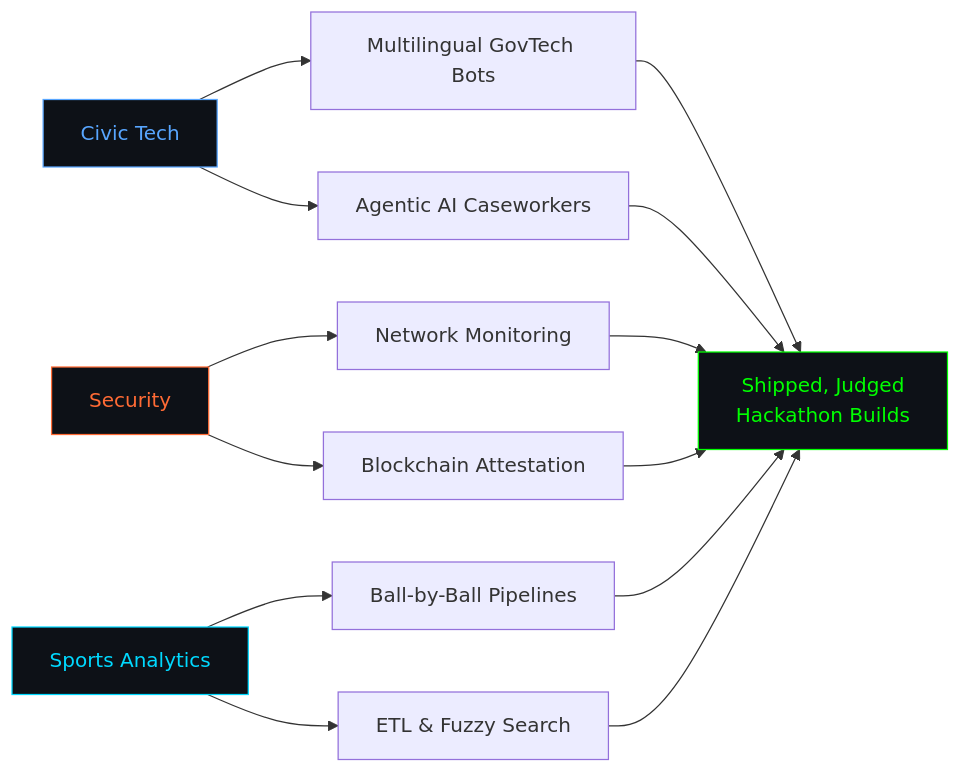
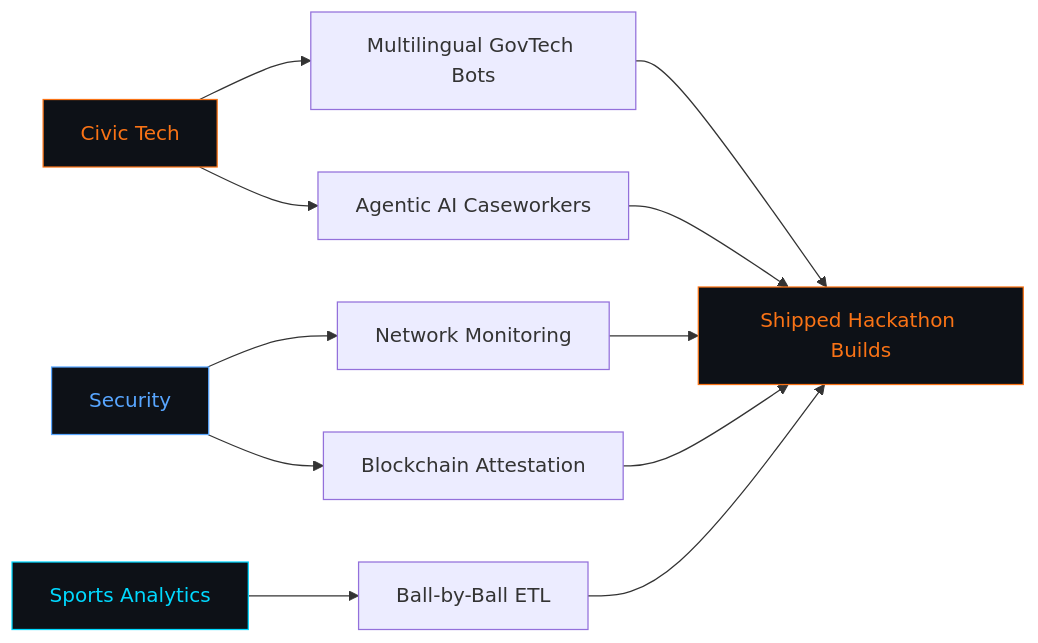
Before and after one commit to DHRUVASAI/DHRUVASAI: the diagram in README.md, drawn with Mermaid. The commit also changed other lines of this file, not shown here.

````diff
--- a/README.md
+++ b/README.md
@@ -73,23 +29,18 @@
 ```mermaid
 graph LR
     A["Civic Tech"] --> B["Multilingual GovTech Bots"]
     A --> C["Agentic AI Caseworkers"]
-
     D["Security"] --> E["Network Monitoring"]
     D --> F["Blockchain Attestation"]
+    G["Sports Analytics"] --> H["Ball-by-Ball ETL"]
+    B --> I["Shipped Hackathon Builds"]
+    C --> I
+    E --> I
+    F --> I
+    H --> I
 
-    G["Sports Analytics"] --> H["Ball-by-Ball Pipelines"]
-    G --> I["ETL & Fuzzy Search"]
-
-    B --> J["Shipped, Judged<br/>Hackathon Builds"]
-    C --> J
-    E --> J
-    F --> J
-    H --> J
-    I --> J
-
-    style A fill:#0D1117,stroke:#58A6FF,color:#58A6FF
-    style D fill:#0D1117,stroke:#FF6B35,color:#FF6B35
+    style A fill:#0D1117,stroke:#F97316,color:#F97316
+    style D fill:#0D1117,stroke:#58A6FF,color:#58A6FF
     style G fill:#0D1117,stroke:#00D9FF,color:#00D9FF
-    style J fill:#0D1117,stroke:#00FF00,color:#00FF00
+    style I fill:#0D1117,stroke:#F97316,color:#F97316
 ```
````
